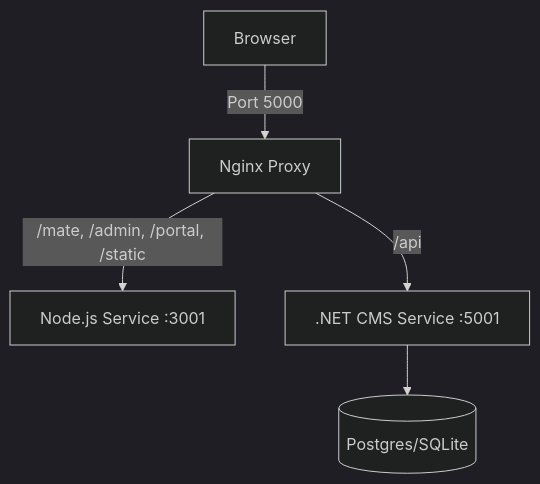
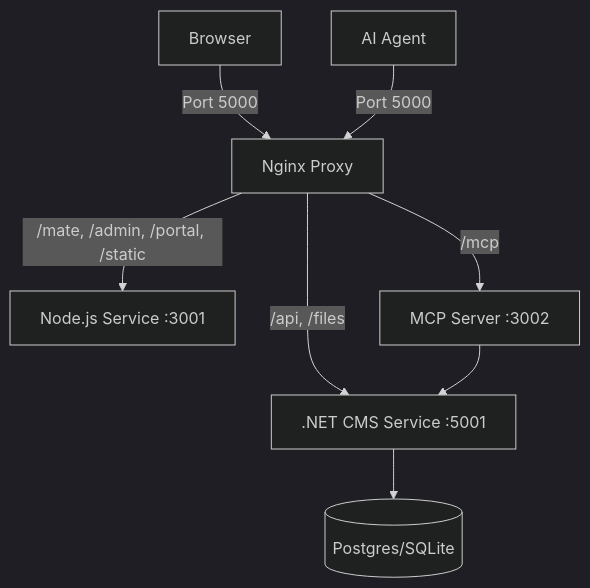
The diagram in docs/wiki/Docker-Deployment.md (kaboomtastic9000k/formmate), drawn with Mermaid (dark theme) before and after one commit. The commit also changed other lines of this file and 4 other files, not shown here.

Commit message:
docs: update Antigravity guide to reflect new MCP server workflow and add Docker deployment documentation

````diff
--- a/docs/wiki/Docker-Deployment.md
+++ b/docs/wiki/Docker-Deployment.md
@@ -17,7 +19,10 @@
 ```mermaid
 graph TD
     Client[Browser] -->|Port 5000| Nginx[Nginx Proxy]
+    Agent[AI Agent] -->|Port 5000| Nginx
     Nginx -->|/mate, /admin, /portal, /static| Node[Node.js Service :3001]
-    Nginx -->|/api| DotNet[.NET CMS Service :5001]
+    Nginx -->|/api, /files| DotNet[.NET CMS Service :5001]
+    Nginx -->|/mcp| MCP[MCP Server :3002]
+    MCP --> DotNet
     DotNet --> DB[(Postgres/SQLite)]
 ```
````
